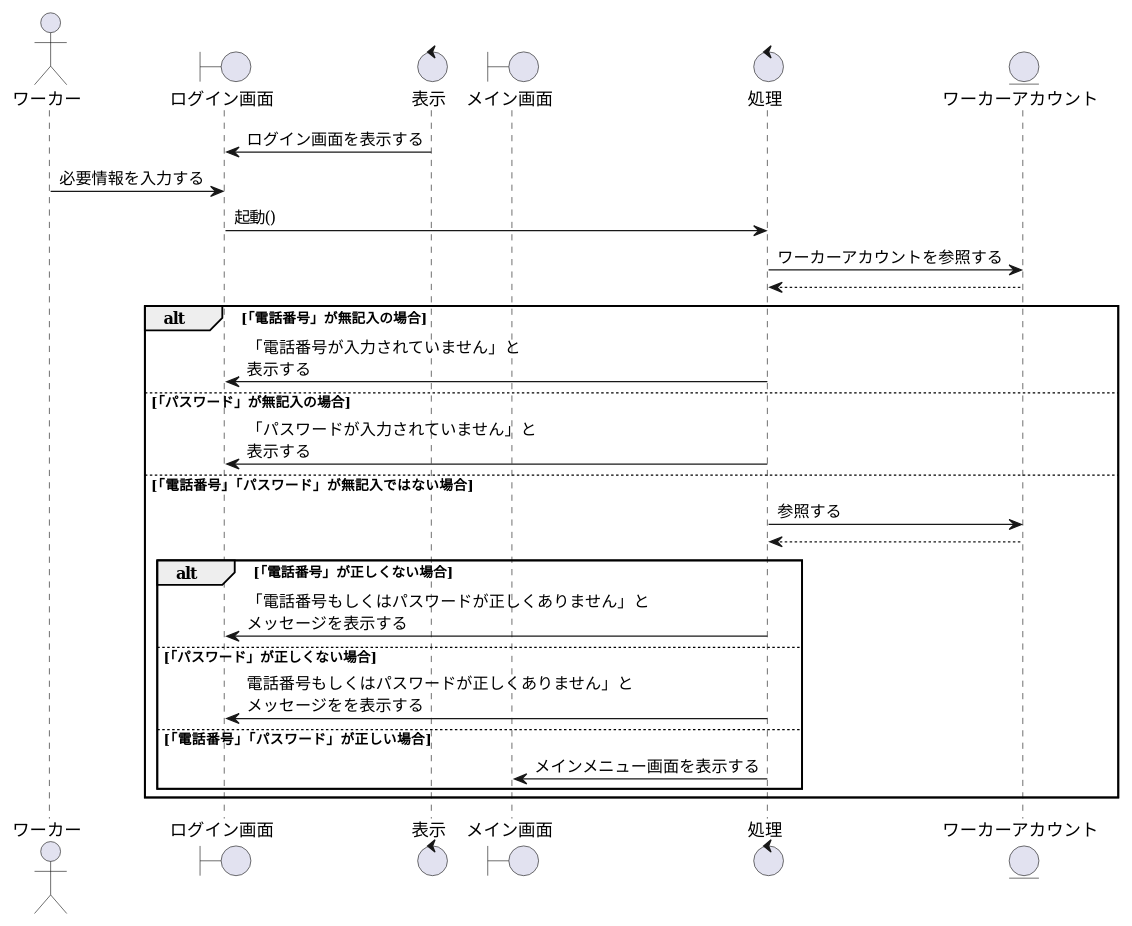
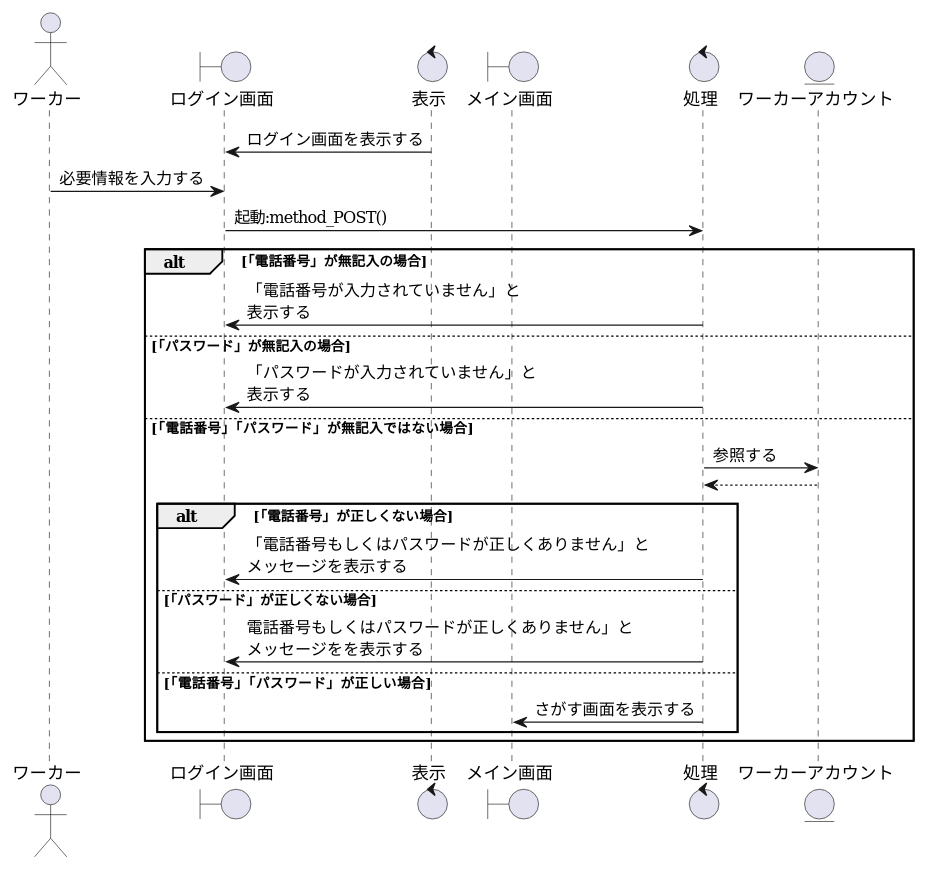
The diagram in sequence_fig/1_login_fn/2_ワーカーのアカウントでログインする.pu (irukacb256/high_Me), drawn with PlantUML before and after one commit. The commit also changed 4 other files, not shown here.

```diff
--- a/sequence_fig/1_login_fn/2_ワーカーのアカウントでログインする.pu
+++ b/sequence_fig/1_login_fn/2_ワーカーのアカウントでログインする.pu
@@ -1,44 +1,42 @@
 @startuml ワーカーログイン
 
 ' 1
 actor ワーカー as wo1
 boundary ログイン画面 as lo1
 control 表示 as co1
 
 boundary メイン画面 as sm1
 control 処理 as co2
 
 entity ワーカーアカウント as en1
 
 ' 2
 co1 -> lo1 : ログイン画面を表示する
 wo1 -> lo1 : 必要情報を入力する
 
-lo1 -> co2 : 起動()
-co2 -> en1 : ワーカーアカウントを参照する
-en1 --> co2 
+lo1 -> co2 : 起動:method_POST()
 
 alt 「電話番号」が無記入の場合
     co2 -> lo1 :「電話番号が入力されていません」と\n表示する
 
 else 「パスワード」が無記入の場合
     co2 -> lo1 :「パスワードが入力されていません」と\n表示する
 
 else 「電話番号」「パスワード」が無記入ではない場合
     ' 分岐を書く場合は必ず「～ではない場合」を書く
     ' 参照をしたら戻り値を破線で表す
     co2 -> en1 :参照する
     en1 --> co2 
     
     alt 「電話番号」が正しくない場合
         co2 -> lo1 :「電話番号もしくはパスワードが正しくありません」と\nメッセージを表示する
 
     else 「パスワード」が正しくない場合
         co2 -> lo1 : 電話番号もしくはパスワードが正しくありません」と\nメッセージをを表示する
 
     else 「電話番号」「パスワード」が正しい場合
-        co2 -> sm1 : メインメニュー画面を表示する
+        co2 -> sm1 : さがす画面を表示する
 
     end
 end    
 @enduml
```
